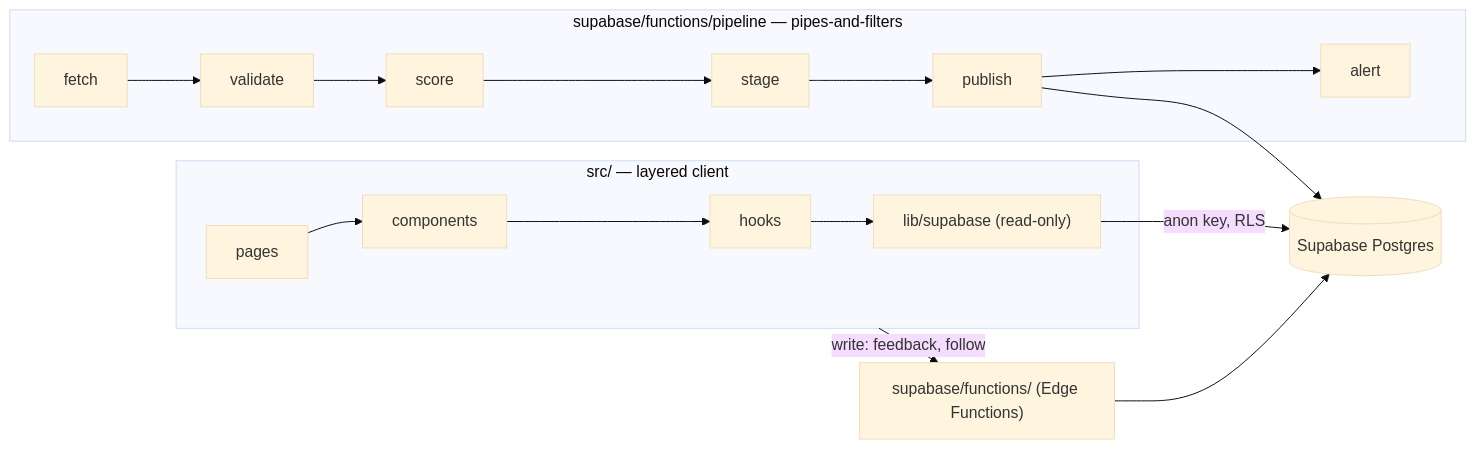
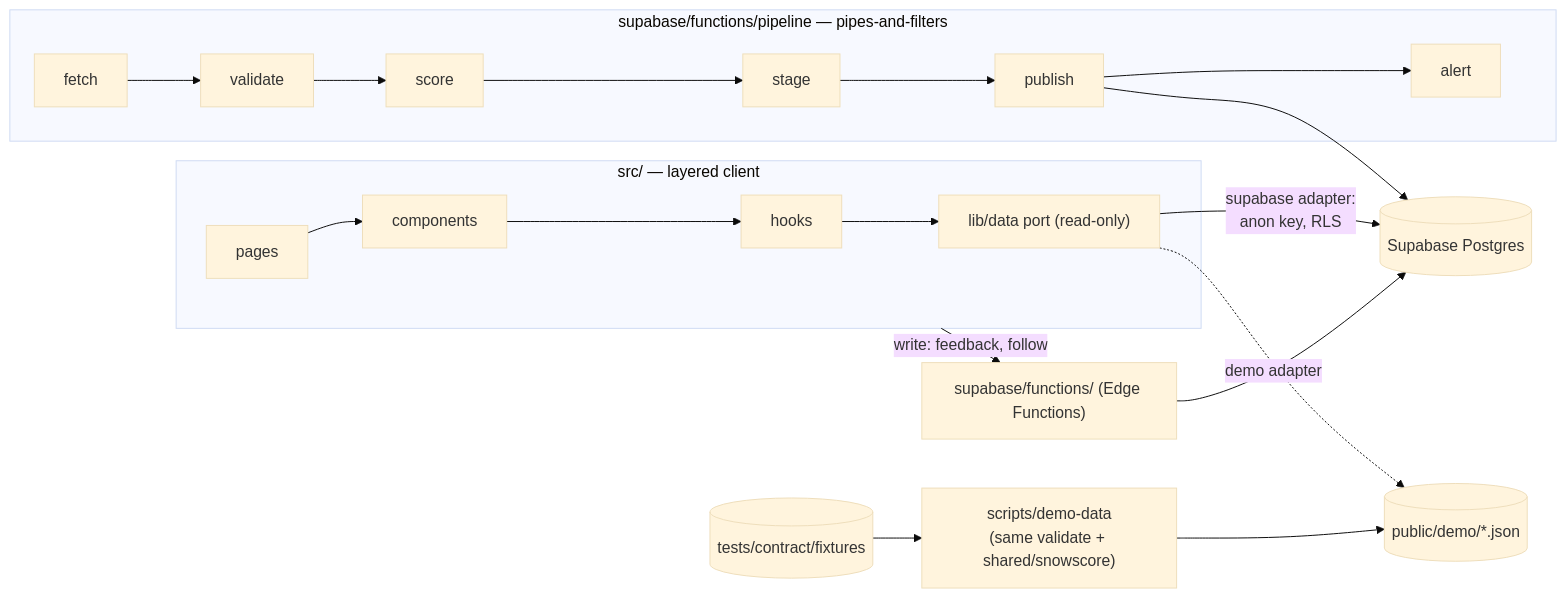
Before and after one commit to IBE160-2026/G18-bikila-dymbe-gela-james: the first of 2 diagrams in project-phase-folders/2-Planleggingsfasen/SnowFinder-Arkitektur.md, drawn with Mermaid (base theme). The commit also changed other lines of this file and 6 other files, not shown here.

````diff
--- a/project-phase-folders/2-Planleggingsfasen/SnowFinder-Arkitektur.md
+++ b/project-phase-folders/2-Planleggingsfasen/SnowFinder-Arkitektur.md
@@ -44,15 +59,17 @@
 ```mermaid
 flowchart LR
     subgraph FE["src/ — layered client"]
         P[pages] --> C[components]
         C --> H[hooks]
-        H --> L["lib/supabase (read-only)"]
+        H --> L["lib/data port (read-only)"]
     end
     subgraph BE["supabase/functions/pipeline — pipes-and-filters"]
         F[fetch] --> V[validate] --> S[score] --> ST[stage] --> PB[publish] --> AL[alert]
     end
-    L -- "anon key, RLS" --> DB[(Supabase Postgres)]
+    L -- "supabase adapter:<br/>anon key, RLS" --> DB[(Supabase Postgres)]
+    L -. "demo adapter" .-> DEMO[("public/demo/*.json")]
+    FIX[("tests/contract/fixtures")] --> GEN["scripts/demo-data<br/>(same validate + shared/snowscore)"] --> DEMO
     PB --> DB
     FE -- "write: feedback, follow" --> EF["supabase/functions/ (Edge Functions)"]
     EF --> DB
 ```
````
